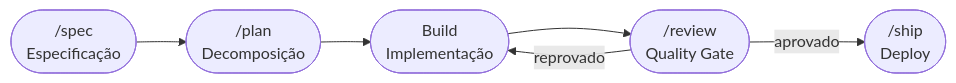
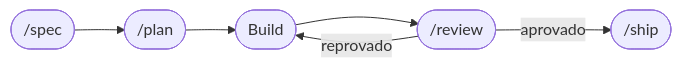
One commit to JRoberto1/harness-template changed the second of 3 diagrams in README.md. Above: the diagram before and after it, drawn with Mermaid. The commit also changed other lines of this file and 6 other files, not shown here.

````diff
--- a/README.md
+++ b/README.md
@@ -105,8 +119,8 @@
 ```mermaid
 flowchart LR
-    S(["/spec\nEspecificação"]) --> P(["/plan\nDecomposição"])
-    P --> B(["Build\nImplementação"])
-    B --> R(["/review\nQuality Gate"])
-    R -->|aprovado| SH(["/ship\nDeploy"])
+    S(["/spec"]) --> P(["/plan"])
+    P --> B(["Build"])
+    B --> R(["/review"])
+    R -->|aprovado| SH(["/ship"])
     R -->|reprovado| B
 ```
````
